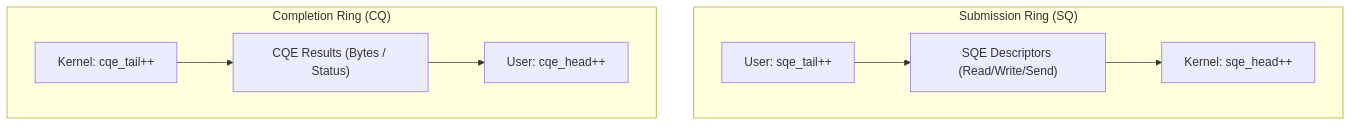
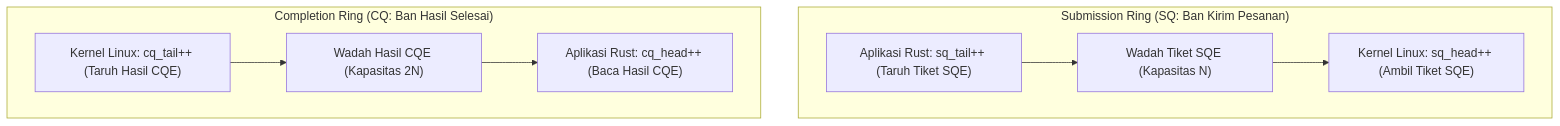
One commit to ihkaru/human-gradient-descent changed the second of 4 diagrams in examples/rust_io_uring.md. Above: the diagram before and after it, drawn with Mermaid. The commit also changed other lines of this file and 31 other files, not shown here.

````diff
--- a/examples/rust_io_uring.md
+++ b/examples/rust_io_uring.md
@@ -76,11 +127,11 @@
 ```mermaid
 flowchart TD
-    subgraph SQ["Submission Ring (SQ)"]
-        SQ_Tail["User: sqe_tail++"] --> SQ_Entries["SQE Descriptors (Read/Write/Send)"]
-        SQ_Entries --> SQ_Head["Kernel: sqe_head++"]
+    subgraph SQ["Submission Ring (SQ: Ban Kirim Pesanan)"]
+        SQ_Tail["Aplikasi Rust: sq_tail++ (Taruh Tiket SQE)"] --> SQ_Entries["Wadah Tiket SQE (Kapasitas N)"]
+        SQ_Entries --> SQ_Head["Kernel Linux: sq_head++ (Ambil Tiket SQE)"]
     end
-    subgraph CQ["Completion Ring (CQ)"]
-        CQ_Tail["Kernel: cqe_tail++"] --> CQ_Entries["CQE Results (Bytes / Status)"]
-        CQ_Entries --> CQ_Head["User: cqe_head++"]
+    subgraph CQ["Completion Ring (CQ: Ban Hasil Selesai)"]
+        CQ_Tail["Kernel Linux: cq_tail++ (Taruh Hasil CQE)"] --> CQ_Entries["Wadah Hasil CQE (Kapasitas 2N)"]
+        CQ_Entries --> CQ_Head["Aplikasi Rust: cq_head++ (Baca Hasil CQE)"]
     end
 ```
````
